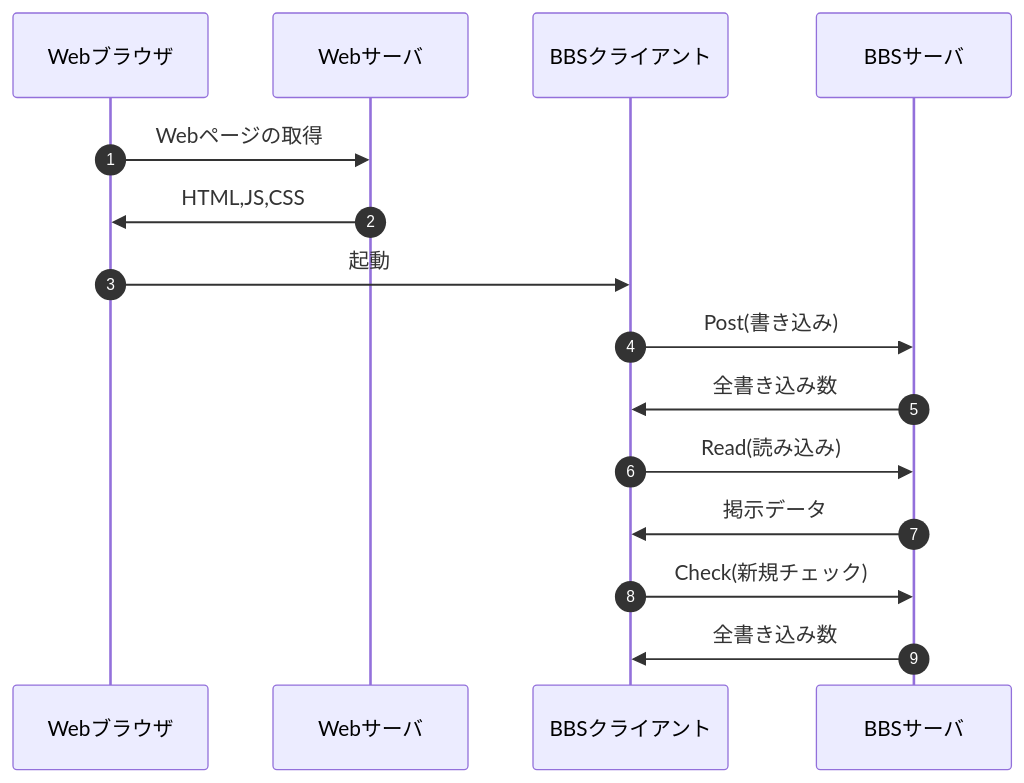
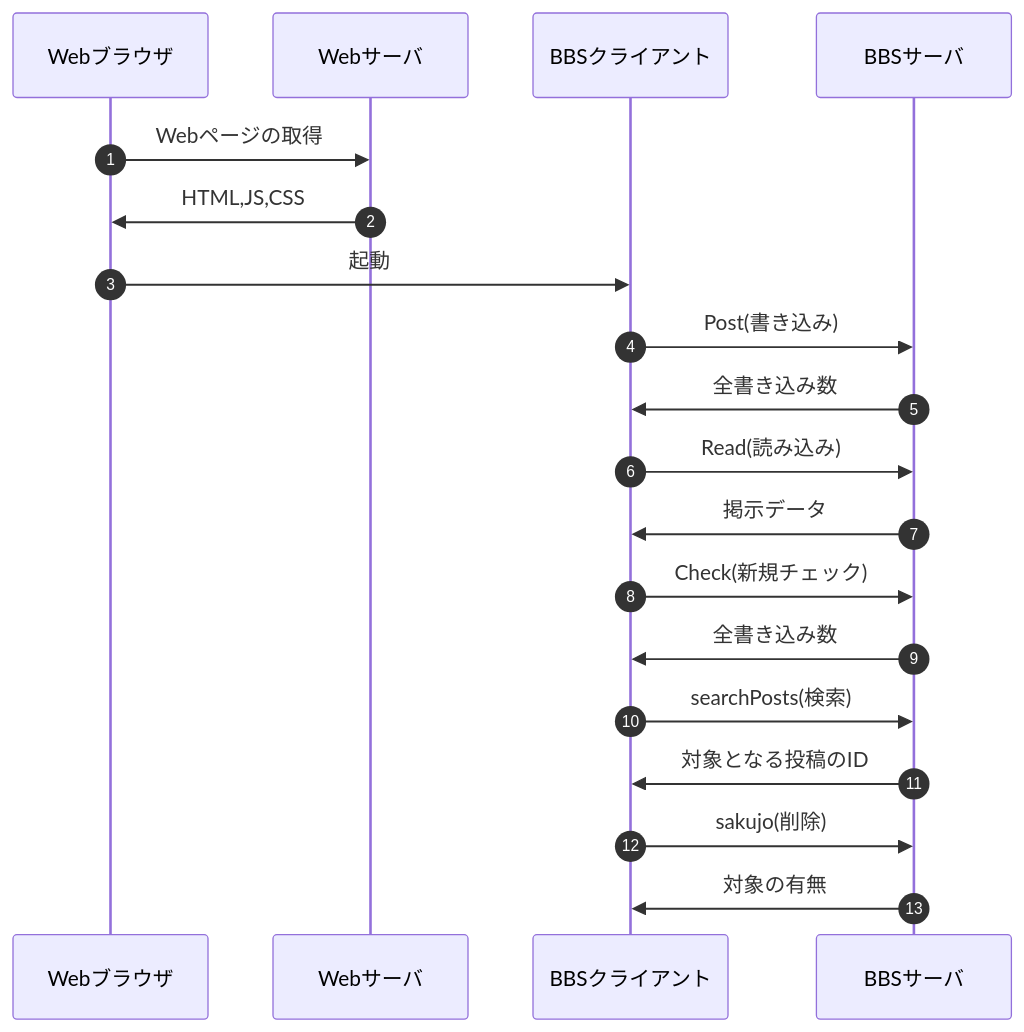
Before and after one commit to suzuki-ryoto/webpro_06: the fourth of 4 diagrams in README.md, drawn with Mermaid. The commit also changed 1 other file, not shown here.

Commit message:
ソースコード

````diff
--- a/README.md
+++ b/README.md
@@ -152,13 +152,17 @@
 ```mermaid
 sequenceDiagram
   autonumber
   Webブラウザ ->> Webサーバ: Webページの取得
   Webサーバ ->> Webブラウザ:HTML,JS,CSS
   Webブラウザ ->> BBSクライアント:起動
   BBSクライアント ->> BBSサーバ:Post(書き込み)
   BBSサーバ ->> BBSクライアント:全書き込み数
   BBSクライアント ->> BBSサーバ:Read(読み込み)
   BBSサーバ ->> BBSクライアント:掲示データ
   BBSクライアント ->> BBSサーバ:Check(新規チェック)
   BBSサーバ ->> BBSクライアント:全書き込み数
+  BBSクライアント ->> BBSサーバ:searchPosts(検索)
+  BBSサーバ ->> BBSクライアント:対象となる投稿のID
+  BBSクライアント ->> BBSサーバ:sakujo(削除)
+  BBSサーバ ->> BBSクライアント:対象の有無
 ```
````
